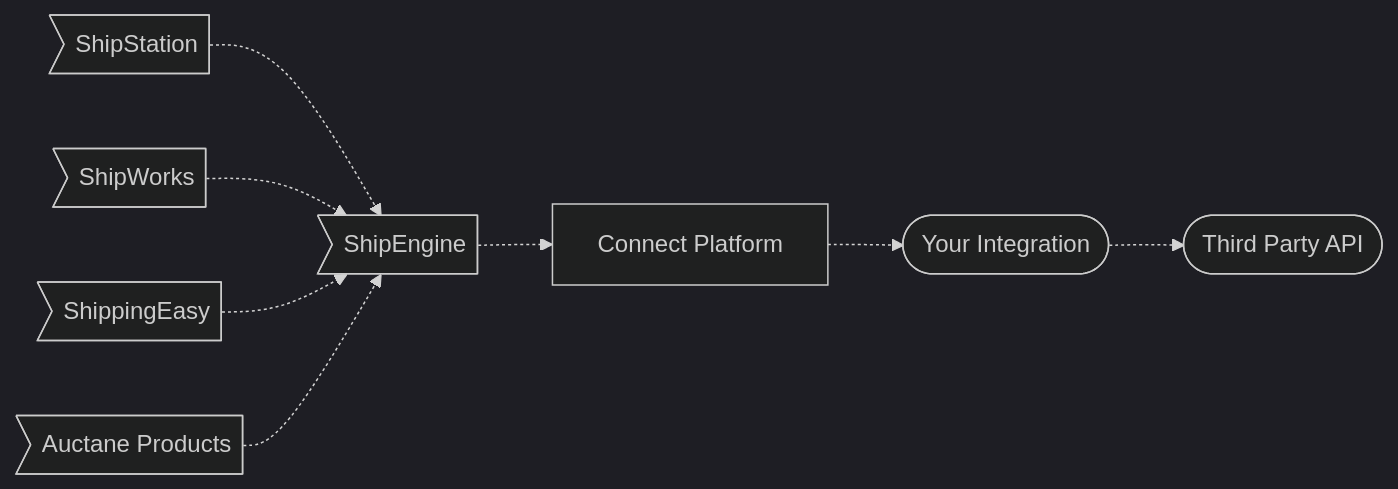
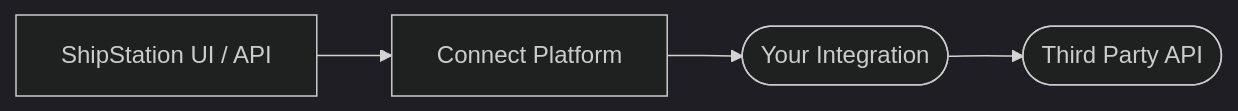
One commit to ShipEngine/connect-website changed the diagram in getting-started/how-it-works.md. Above: the diagram before and after it, drawn with Mermaid (dark theme). The commit also changed other lines of this file and 3 other files, not shown here.

Commit message:
Replace multi-brand references (ShipWorks, ShippingEasy, Auctane) with ShipStation UI and API (#171)

````diff
--- a/getting-started/how-it-works.md
+++ b/getting-started/how-it-works.md
@@ -17,19 +16,11 @@
 ```mermaid
 flowchart LR
+    shipstation[ShipStation UI / API]
     connect[Connect Platform]
     integration([Your Integration])
-    shipstation>ShipStation]
-    shipengine>ShipEngine]
-    shipworks>ShipWorks]
-    shippingeasy>ShippingEasy]
-    auctane>Auctane Products]
     thirdparty([Third Party API])
 
-    shipengine-.->connect
-    shipstation-.->shipengine
-    shipworks-.->shipengine
-    shippingeasy-.->shipengine
-    auctane-.->shipengine
-    connect-.->integration
-    integration-.->thirdparty
+    shipstation-->connect
+    connect-->integration
+    integration-->thirdparty
 ```
````
